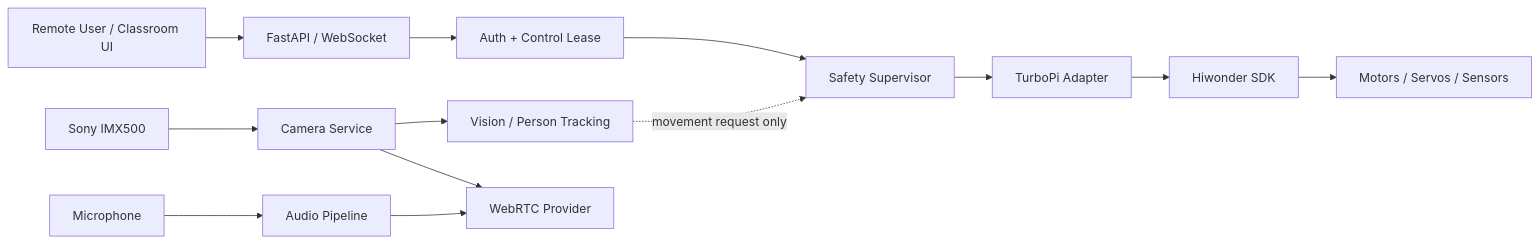
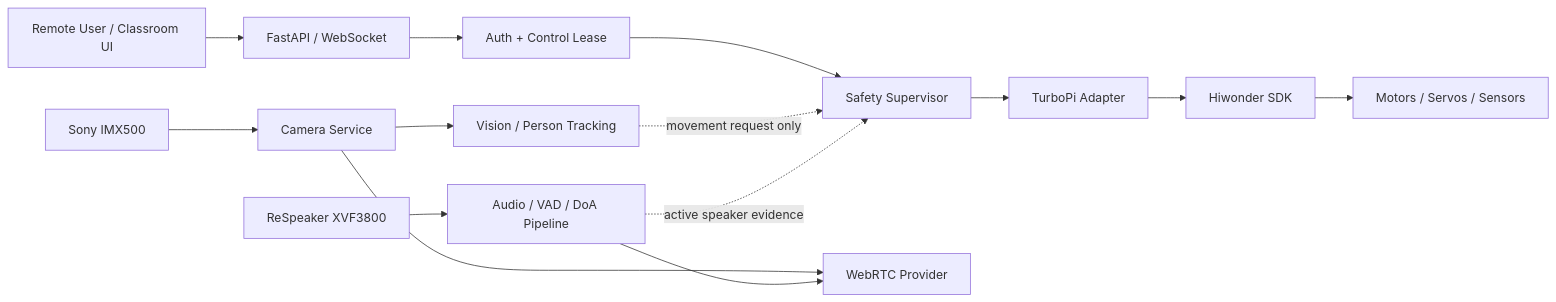
The diagram in README.md (zk222ac001/ZeeAIBotWebCam), drawn with Mermaid before and after one commit. The commit also changed other lines of this file, not shown here.

````diff
--- a/README.md
+++ b/README.md
@@ -38,17 +56,18 @@
 ```mermaid
 flowchart LR
     UI[Remote User / Classroom UI] --> API[FastAPI / WebSocket]
     API --> AUTH[Auth + Control Lease]
     AUTH --> SAFE[Safety Supervisor]
     SAFE --> ADAPTER[TurboPi Adapter]
     ADAPTER --> SDK[Hiwonder SDK]
     SDK --> HW[Motors / Servos / Sensors]
 
     CAM[Sony IMX500] --> CAMERA[Camera Service]
     CAMERA --> VISION[Vision / Person Tracking]
     CAMERA --> RTC[WebRTC Provider]
-    MIC[Microphone] --> AUDIO[Audio Pipeline]
+    MIC[ReSpeaker XVF3800] --> AUDIO[Audio / VAD / DoA Pipeline]
     AUDIO --> RTC
 
     VISION -. movement request only .-> SAFE
+    AUDIO -. active speaker evidence .-> SAFE
 ```
````
